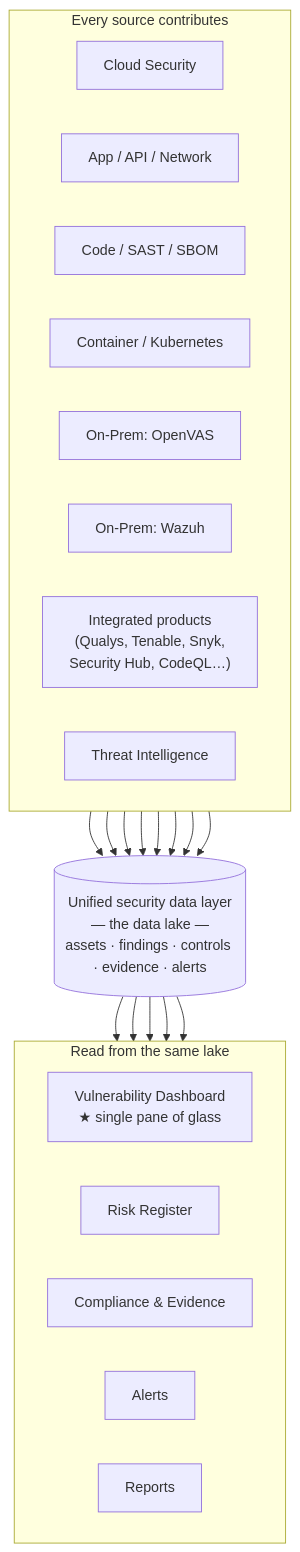
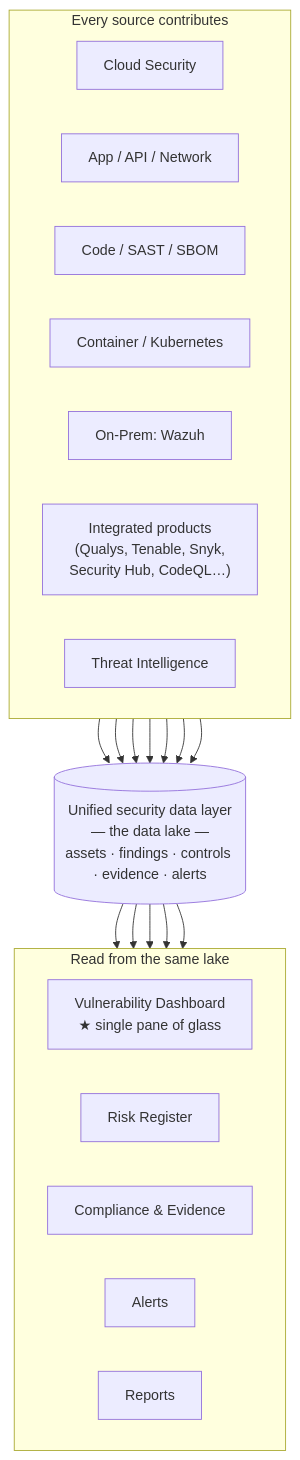
One commit to niteshsaini/offloadsecurity-docs changed the diagram in docs/introduction/unified-data-layer.mdx. Above: the diagram before and after it, drawn with Mermaid. The commit also changed other lines of this file and 2 other files, not shown here.

First line of the commit message:
docs: add AI-SPM page and CI/CD advanced surface; fix data-lake OpenVAS

````diff
--- a/docs/introduction/unified-data-layer.mdx
+++ b/docs/introduction/unified-data-layer.mdx
@@ -28,40 +28,38 @@
 ```mermaid
 flowchart TB
     subgraph Sources["Every source contributes"]
         direction LR
         CL["Cloud Security"]
         AP["App / API / Network"]
         CD["Code / SAST / SBOM"]
         CK["Container / Kubernetes"]
-        OP["On-Prem: OpenVAS"]
         WZ["On-Prem: Wazuh"]
         TP["Integrated products<br/>(Qualys, Tenable, Snyk,<br/>Security Hub, CodeQL…)"]
         TI["Threat Intelligence"]
     end
 
     LAKE[("Unified security data layer<br/>— the data lake —<br/>assets · findings · controls · evidence · alerts")]
 
     subgraph Panes["Read from the same lake"]
         direction LR
         VD["Vulnerability Dashboard<br/>★ single pane of glass"]
         RR["Risk Register"]
         CMP["Compliance & Evidence"]
         AL["Alerts"]
         REP["Reports"]
     end
 
     CL --> LAKE
     AP --> LAKE
     CD --> LAKE
     CK --> LAKE
-    OP --> LAKE
     WZ --> LAKE
     TP --> LAKE
     TI --> LAKE
 
     LAKE --> VD
     LAKE --> RR
     LAKE --> CMP
     LAKE --> AL
     LAKE --> REP
 ```
````
